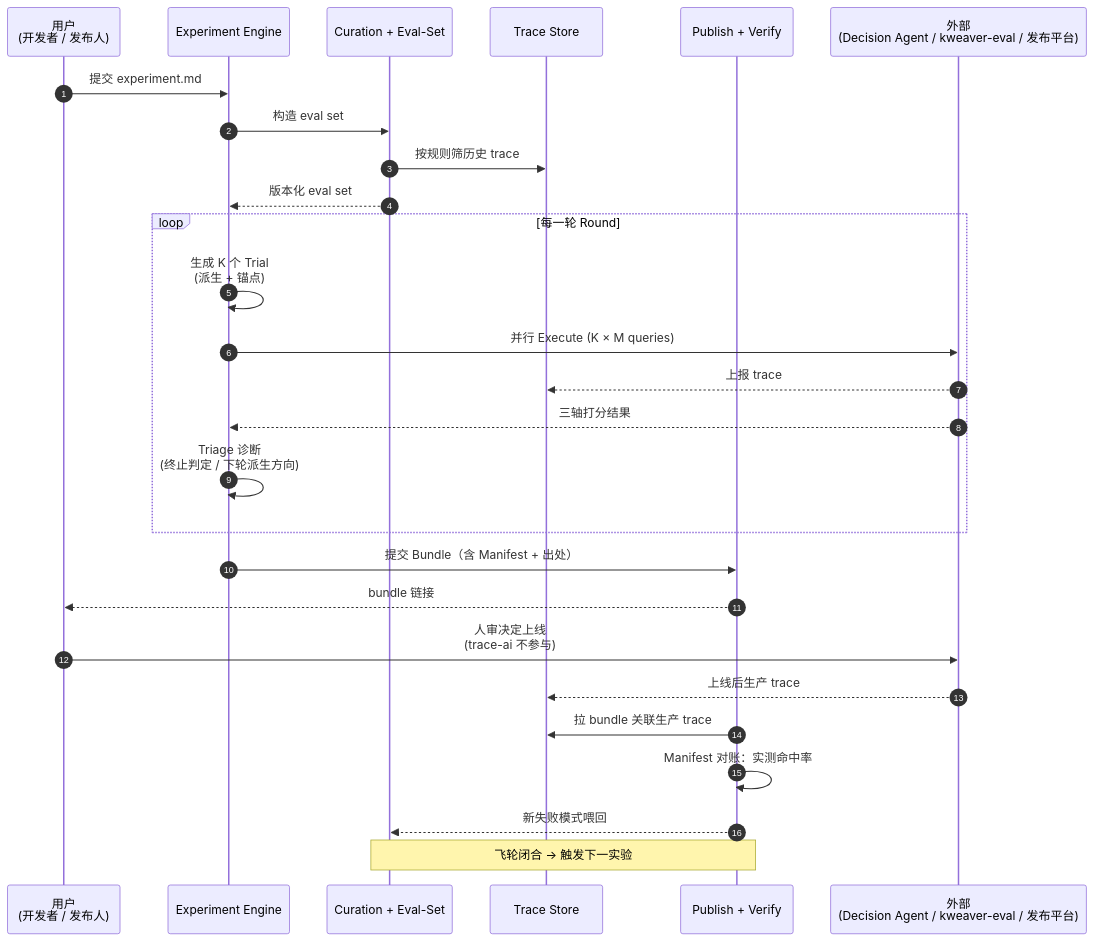
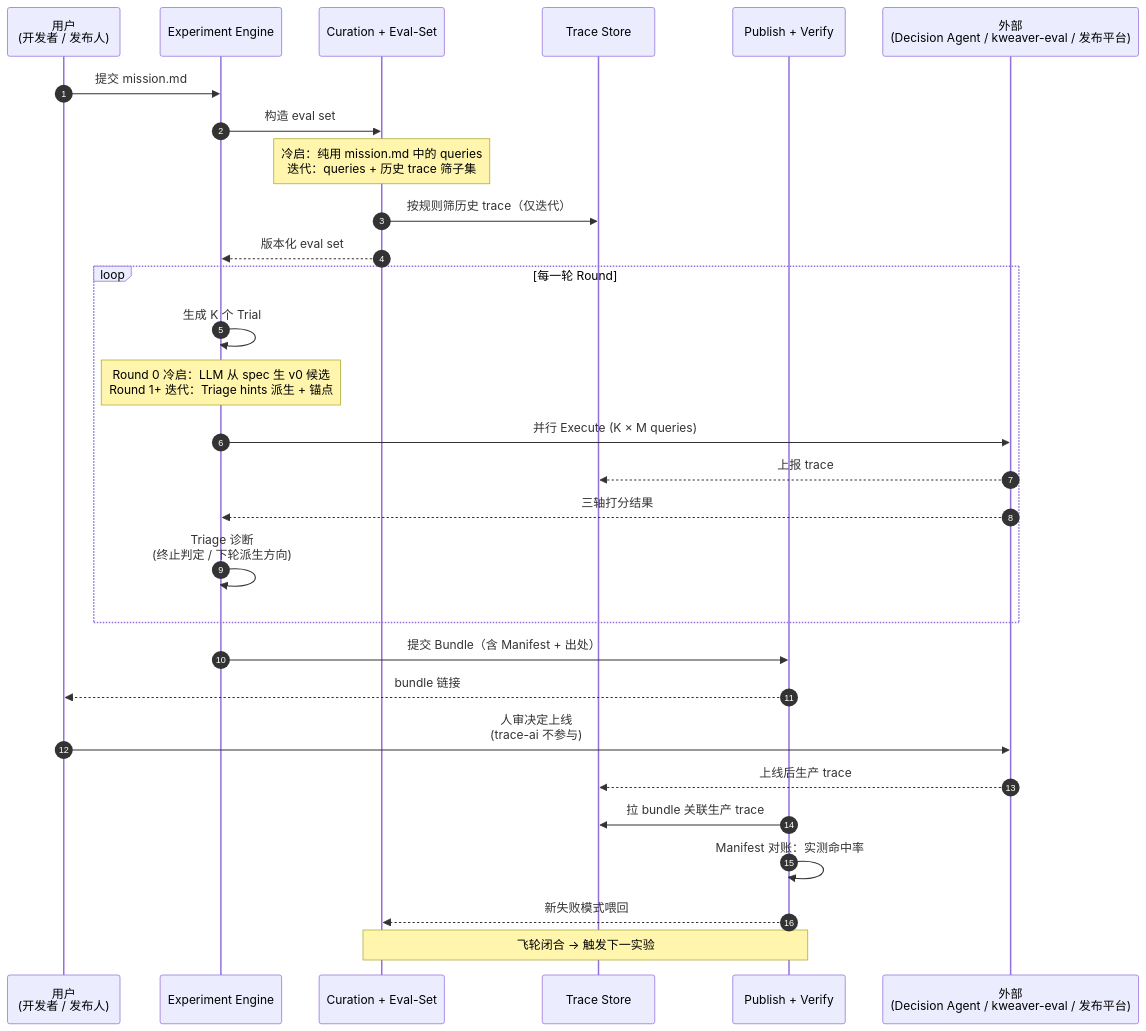
One commit to xforce-io/plan-traceai changed the second of 3 diagrams in vision/trace-ai-continuous-learning-design.md. Above: the diagram before and after it, drawn with Mermaid. The commit also changed other lines of this file, not shown here.

First line of the commit message:
docs(vision): §6.1 图二运行时分层（4 层 + 资产闭环）+ 全文术语自洽 + experiment.md → mission.md

````diff
--- a/vision/trace-ai-continuous-learning-design.md
+++ b/vision/trace-ai-continuous-learning-design.md
@@ -535,32 +649,34 @@
 ```mermaid
 sequenceDiagram
     autonumber
     participant USER as 用户<br/>(开发者 / 发布人)
     participant EXP as Experiment Engine
     participant SEL as Curation + Eval-Set
     participant TRACE as Trace Store
     participant ASSET as Publish + Verify
     participant EXT as 外部<br/>(Decision Agent / kweaver-eval / 发布平台)
 
-    USER->>EXP: 提交 experiment.md
+    USER->>EXP: 提交 mission.md
     EXP->>SEL: 构造 eval set
-    SEL->>TRACE: 按规则筛历史 trace
+    Note over SEL: 冷启：纯用 mission.md 中的 queries<br/>迭代：queries + 历史 trace 筛子集
+    SEL->>TRACE: 按规则筛历史 trace（仅迭代）
     SEL-->>EXP: 版本化 eval set
 
     loop 每一轮 Round
-        EXP->>EXP: 生成 K 个 Trial<br/>(派生 + 锚点)
+        EXP->>EXP: 生成 K 个 Trial
+        Note over EXP: Round 0 冷启：LLM 从 spec 生 v0 候选<br/>Round 1+ 迭代：Triage hints 派生 + 锚点
         EXP->>EXT: 并行 Execute (K × M queries)
         EXT-->>TRACE: 上报 trace
         EXT-->>EXP: 三轴打分结果
         EXP->>EXP: Triage 诊断<br/>(终止判定 / 下轮派生方向)
     end
 
     EXP->>ASSET: 提交 Bundle（含 Manifest + 出处）
     ASSET-->>USER: bundle 链接
     USER->>EXT: 人审决定上线<br/>(trace-ai 不参与)
     EXT-->>TRACE: 上线后生产 trace
     ASSET->>TRACE: 拉 bundle 关联生产 trace
     ASSET->>ASSET: Manifest 对账：实测命中率
     ASSET-->>SEL: 新失败模式喂回
     Note over SEL,ASSET: 飞轮闭合 → 触发下一实验
 ```
````
